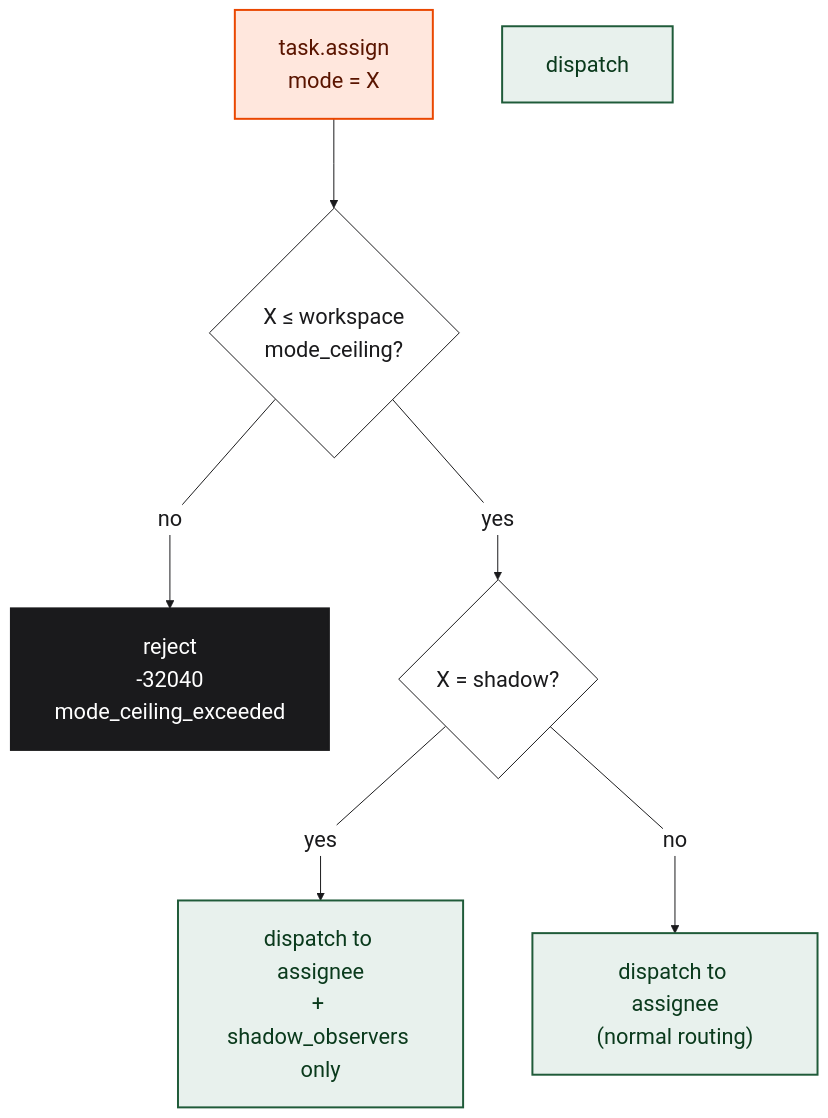
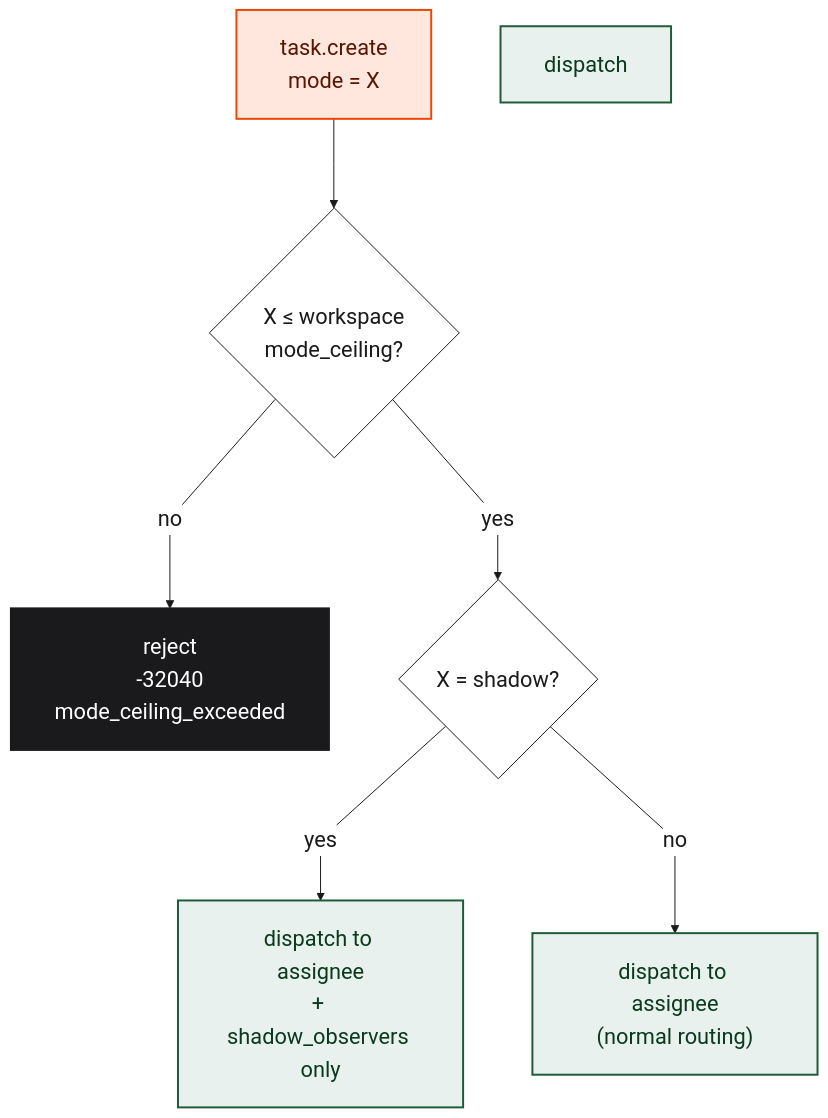
Before and after one commit to BrightbeamAI/chap: the fifth of 9 diagrams in ARCHITECTURE.md, drawn with Mermaid. The commit also changed other lines of this file and 22 other files, not shown here.

````diff
--- a/ARCHITECTURE.md
+++ b/ARCHITECTURE.md
@@ -265,32 +273,32 @@
 ```mermaid
 %%{init: {
   "theme": "base",
   "themeVariables": {
     "fontSize": "22px",
     "fontFamily": "Arial, Helvetica, sans-serif",
     "primaryColor": "#ffffff",
     "primaryTextColor": "#1a1a1c",
     "primaryBorderColor": "#1a1a1c",
     "lineColor": "#1a1a1c"
   },
   "flowchart": { "curve": "linear", "nodeSpacing": 70, "rankSpacing": 90, "padding": 22 }
 }}%%
 flowchart TB
     classDef mode  fill:#FFE7DD,stroke:#EA4700,stroke-width:2px,color:#5a1500
     classDef ok    fill:#E8F1ED,stroke:#1f5b39,stroke-width:2px,color:#0a3a1c
     classDef block fill:#1a1a1c,stroke:#1a1a1c,stroke-width:2px,color:#ffffff
 
-    IN["task.assign<br/>mode = X"]:::mode
+    IN["task.create<br/>mode = X"]:::mode
     CHK{"X ≤ workspace<br/>mode_ceiling?"}
     YES["dispatch"]:::ok
     NO["reject<br/>-32040<br/>mode_ceiling_exceeded"]:::block
     OBS{"X = shadow?"}
     ROUTE1["dispatch to assignee<br/>+ shadow_observers only"]:::ok
     ROUTE2["dispatch to assignee<br/>(normal routing)"]:::ok
 
     IN --> CHK
     CHK -- no  --> NO
     CHK -- yes --> OBS
     OBS -- yes --> ROUTE1
     OBS -- no  --> ROUTE2
 ```
````
